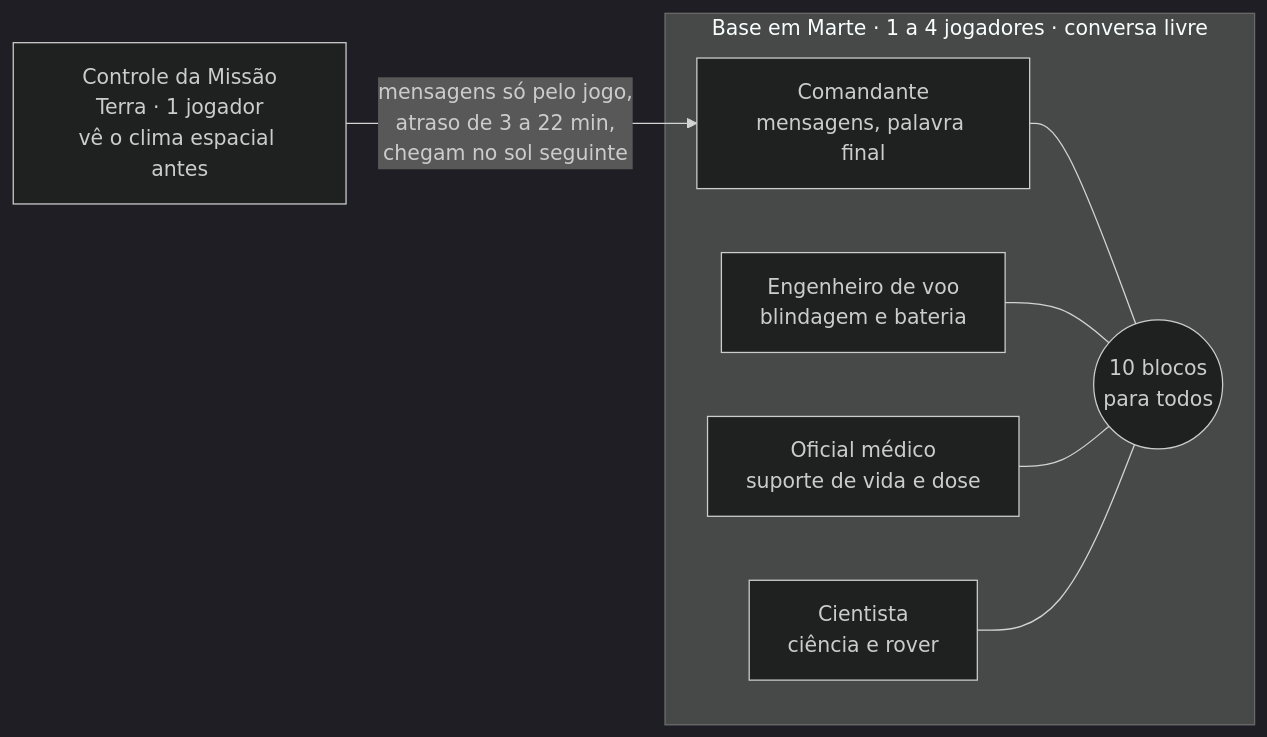
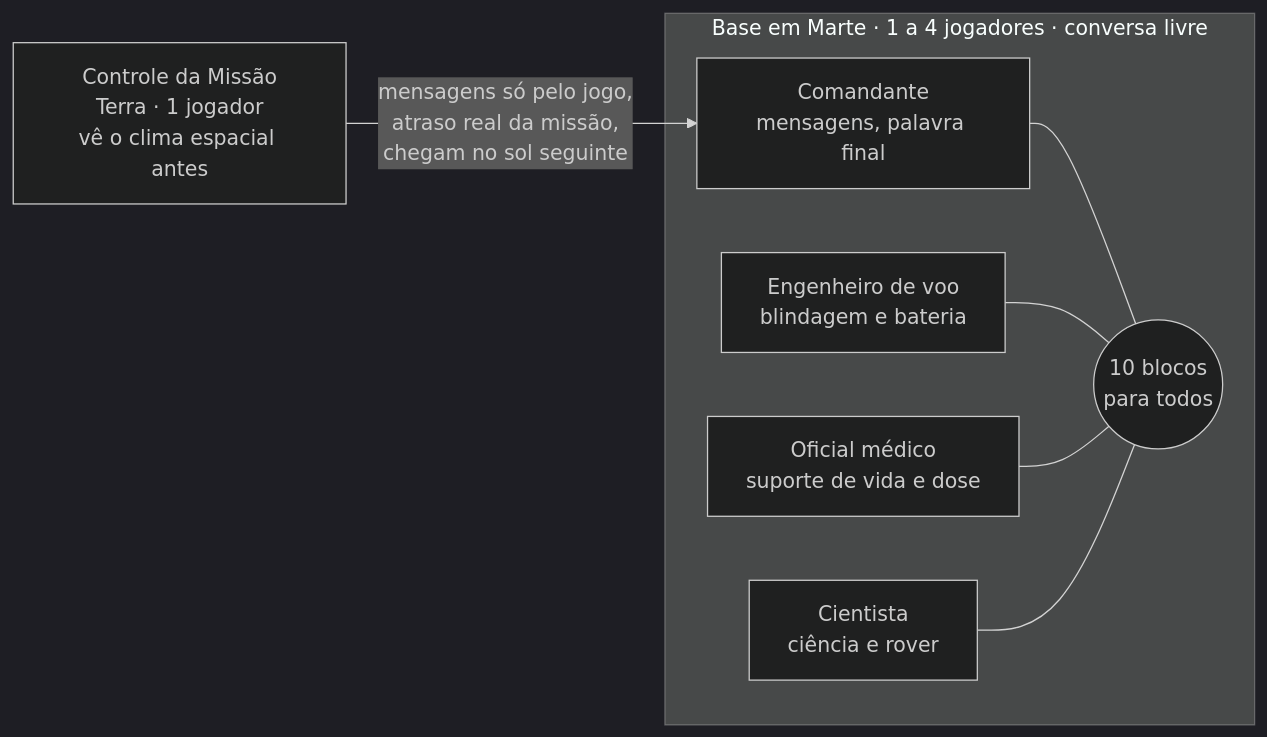
The second of 3 diagrams in docs/game-design.md (fronhaa/pi), drawn with Mermaid (dark theme) before and after one commit. The commit also changed other lines of this file and 8 other files, not shown here.

````diff
--- a/docs/game-design.md
+++ b/docs/game-design.md
@@ -136,12 +172,12 @@
 ```mermaid
 flowchart LR
     T["Controle da Missão<br/>Terra · 1 jogador<br/>vê o clima espacial antes"]
     subgraph M["Base em Marte · 1 a 4 jogadores · conversa livre"]
         B(("10 blocos<br/>para todos"))
         C["Comandante<br/>mensagens, palavra final"] --- B
         E["Engenheiro de voo<br/>blindagem e bateria"] --- B
         O["Oficial médico<br/>suporte de vida e dose"] --- B
         S["Cientista<br/>ciência e rover"] --- B
     end
-    T -- "mensagens só pelo jogo,<br/>atraso de 3 a 22 min,<br/>chegam no sol seguinte" --> C
+    T -- "mensagens só pelo jogo,<br/>atraso real da missão,<br/>chegam no sol seguinte" --> C
 ```
````
